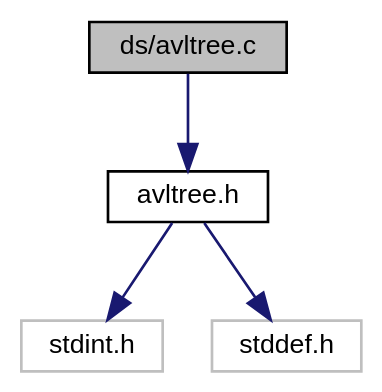
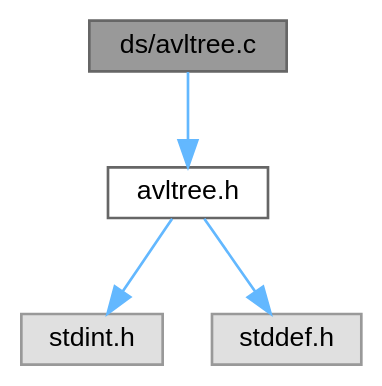
Before and after one commit to ebs-universe/piolib-ds: the diagram in avltree_8c__incl.dot, drawn with Graphviz. The commit also changed 536 other files, not shown here.

```diff
--- a/avltree_8c__incl.dot
+++ b/avltree_8c__incl.dot
@@ -1,15 +1,15 @@
 digraph "ds/avltree.c"
 {
  // INTERACTIVE_SVG=YES
  // LATEX_PDF_SIZE
   bgcolor="transparent";
-  edge [fontname="Helvetica",fontsize="10",labelfontname="Helvetica",labelfontsize="10"];
-  node [fontname="Helvetica",fontsize="10",shape=record];
-  Node1 [label="ds/avltree.c",height=0.2,width=0.4,color="black", fillcolor="grey75", style="filled", fontcolor="black",tooltip="Implementation of the AVL binary search tree."];
-  Node1 -> Node2 [color="midnightblue",fontsize="10",style="solid",fontname="Helvetica"];
-  Node2 [label="avltree.h",height=0.2,width=0.4,color="black",URL="$avltree_8h_source.html",tooltip=" "];
-  Node2 -> Node3 [color="midnightblue",fontsize="10",style="solid",fontname="Helvetica"];
-  Node3 [label="stdint.h",height=0.2,width=0.4,color="grey75",tooltip=" "];
-  Node2 -> Node4 [color="midnightblue",fontsize="10",style="solid",fontname="Helvetica"];
-  Node4 [label="stddef.h",height=0.2,width=0.4,color="grey75",tooltip=" "];
+  edge [fontname=Helvetica,fontsize=10,labelfontname=Helvetica,labelfontsize=10];
+  node [fontname=Helvetica,fontsize=10,shape=box,height=0.2,width=0.4];
+  Node1 [id="Node000001",label="ds/avltree.c",height=0.2,width=0.4,color="gray40", fillcolor="grey60", style="filled", fontcolor="black",tooltip="Implementation of the AVL binary search tree."];
+  Node1 -> Node2 [id="edge1_Node000001_Node000002",color="steelblue1",style="solid",tooltip=" "];
+  Node2 [id="Node000002",label="avltree.h",height=0.2,width=0.4,color="grey40", fillcolor="white", style="filled",URL="$avltree_8h.html",tooltip=" "];
+  Node2 -> Node3 [id="edge2_Node000002_Node000003",color="steelblue1",style="solid",tooltip=" "];
+  Node3 [id="Node000003",label="stdint.h",height=0.2,width=0.4,color="grey60", fillcolor="#E0E0E0", style="filled",tooltip=" "];
+  Node2 -> Node4 [id="edge3_Node000002_Node000004",color="steelblue1",style="solid",tooltip=" "];
+  Node4 [id="Node000004",label="stddef.h",height=0.2,width=0.4,color="grey60", fillcolor="#E0E0E0", style="filled",tooltip=" "];
 }
```
